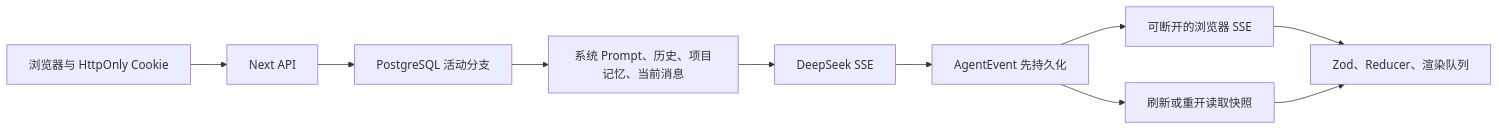
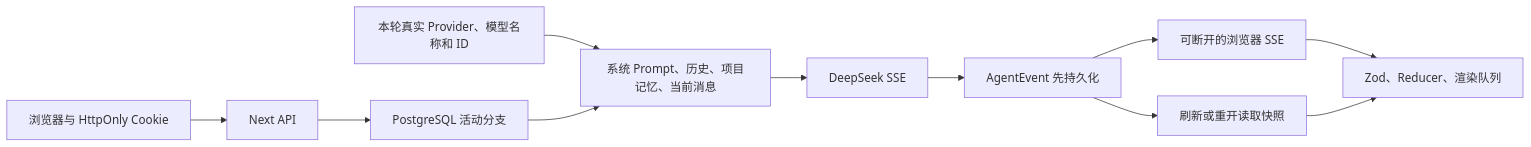
The diagram in HANDOFF.md (LuzernRR/agent-workbench), drawn with Mermaid before and after one commit. The commit also changed other lines of this file and 14 other files, not shown here.

````diff
--- a/HANDOFF.md
+++ b/HANDOFF.md
@@ -44,12 +45,13 @@
 ```mermaid
 flowchart LR
     B["浏览器与 HttpOnly Cookie"] --> N["Next API"]
     N --> PG["PostgreSQL 活动分支"]
-    PG --> P["系统 Prompt、历史、项目记忆、当前消息"]
+    I["本轮真实 Provider、模型名称和 ID"] --> P["系统 Prompt、历史、项目记忆、当前消息"]
+    PG --> P
     P --> D["DeepSeek SSE"]
     D --> E["AgentEvent 先持久化"]
     E --> S["可断开的浏览器 SSE"]
     E --> R["刷新或重开读取快照"]
     S --> UI["Zod、Reducer、渲染队列"]
     R --> UI
 ```
````
